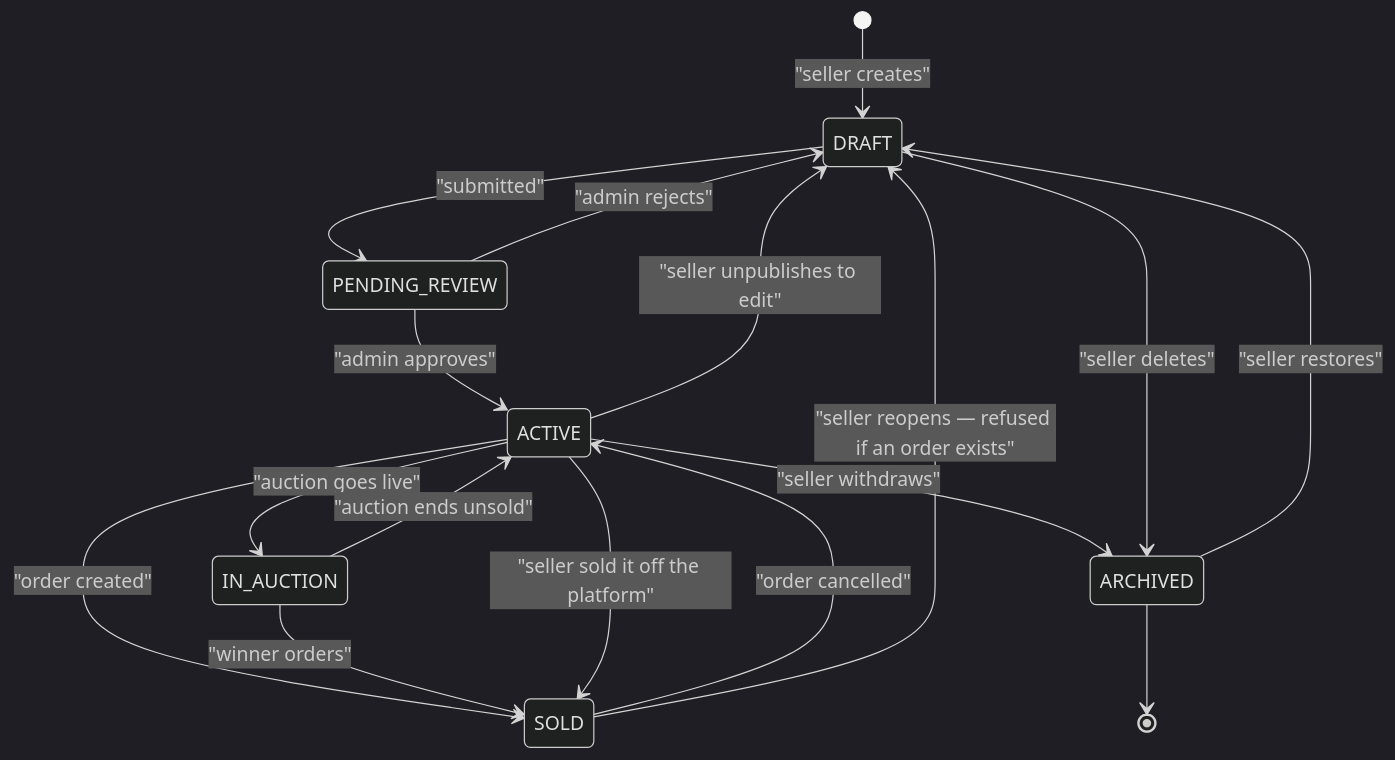
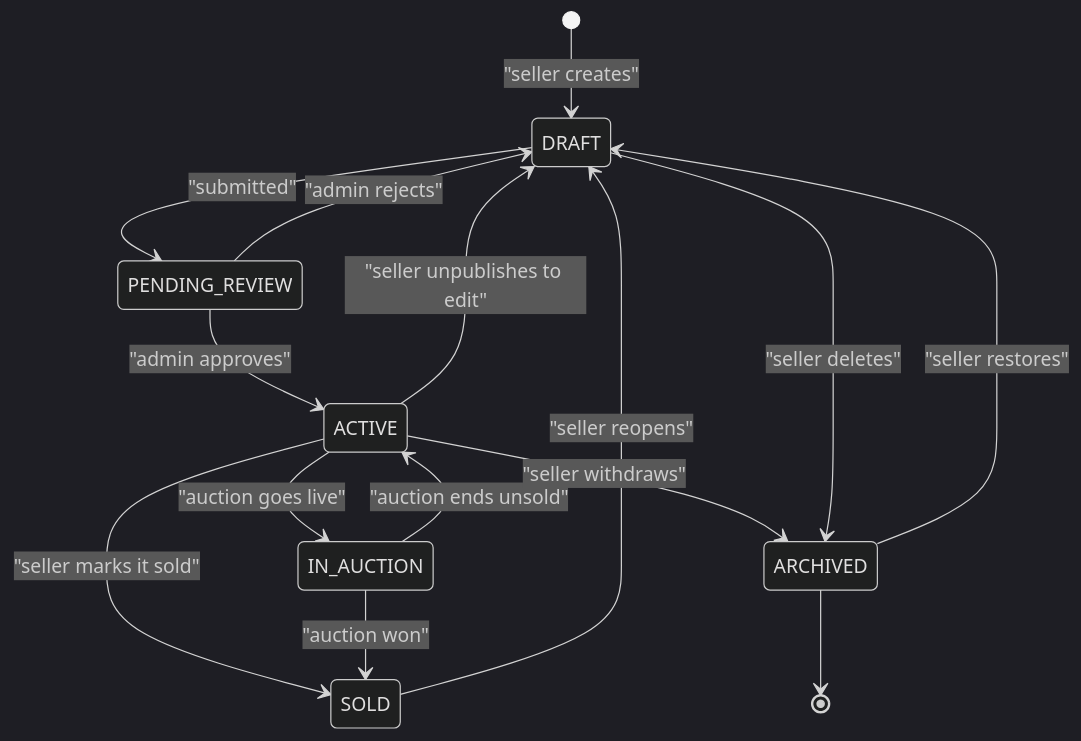
The tenth of 19 diagrams in documentation/transaction-flow.md (MohammadZakariaDehghani/Vintrax), drawn with Mermaid (dark theme) before and after one commit. The commit also changed other lines of this file and 39 other files, not shown here.

````diff
--- a/documentation/transaction-flow.md
+++ b/documentation/transaction-flow.md
@@ -387,19 +371,17 @@
 ```mermaid
 stateDiagram-v2
     [*] --> DRAFT: "seller creates"
     DRAFT --> PENDING_REVIEW: "submitted"
     PENDING_REVIEW --> ACTIVE: "admin approves"
     PENDING_REVIEW --> DRAFT: "admin rejects"
     ACTIVE --> IN_AUCTION: "auction goes live"
     IN_AUCTION --> ACTIVE: "auction ends unsold"
-    ACTIVE --> SOLD: "order created"
-    IN_AUCTION --> SOLD: "winner orders"
-    ACTIVE --> SOLD: "seller sold it off the platform"
-    SOLD --> ACTIVE: "order cancelled"
-    SOLD --> DRAFT: "seller reopens — refused if an order exists"
+    ACTIVE --> SOLD: "seller marks it sold"
+    IN_AUCTION --> SOLD: "auction won"
+    SOLD --> DRAFT: "seller reopens"
     ACTIVE --> ARCHIVED: "seller withdraws"
     ACTIVE --> DRAFT: "seller unpublishes to edit"
     DRAFT --> ARCHIVED: "seller deletes"
     ARCHIVED --> DRAFT: "seller restores"
     ARCHIVED --> [*]
 ```
````
